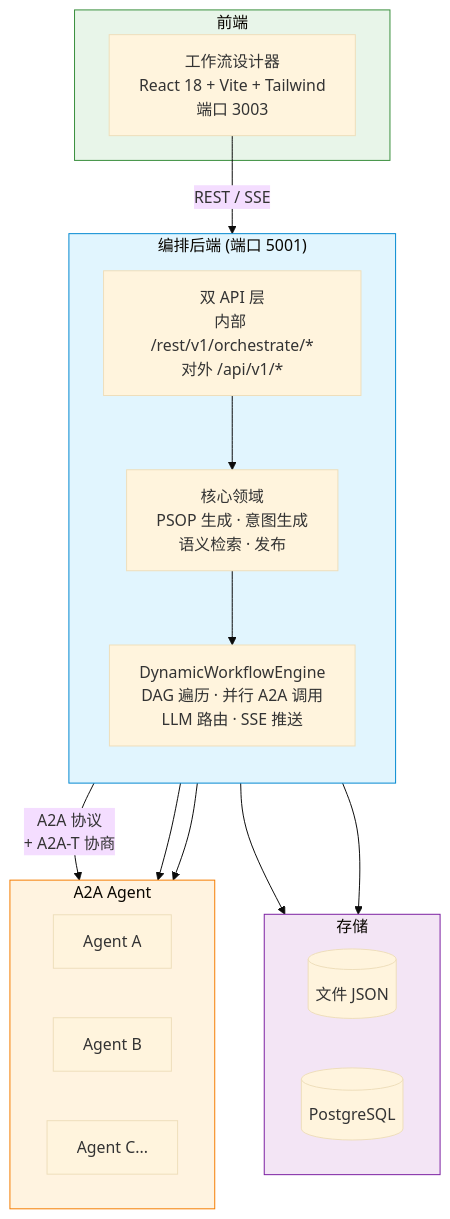
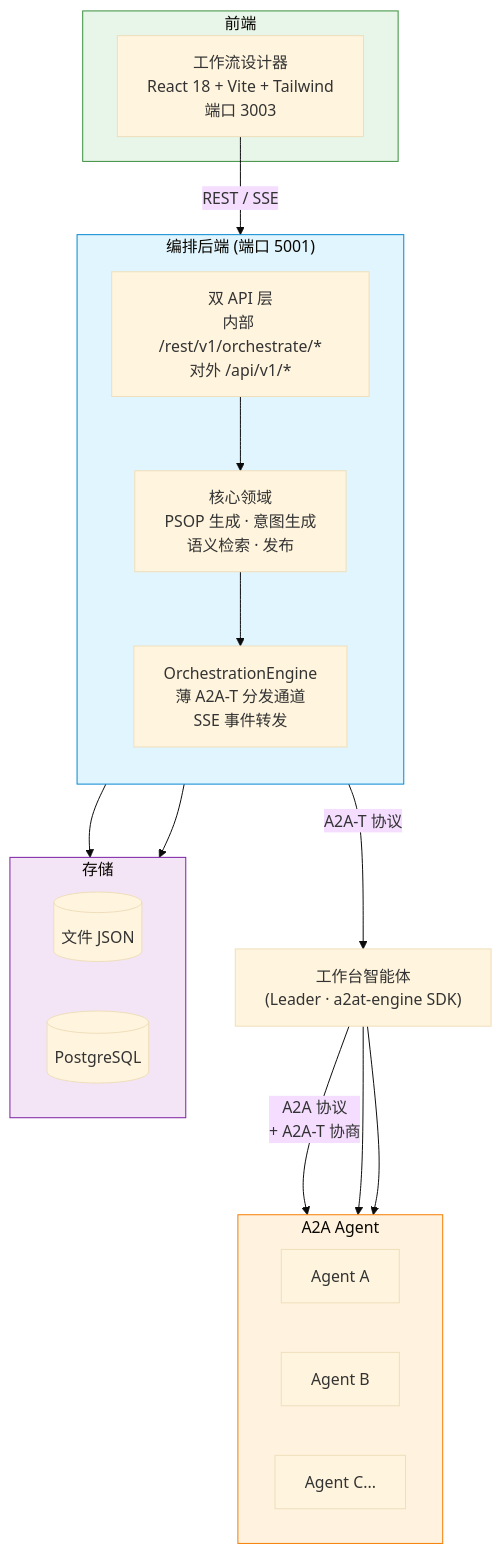
The second of 2 diagrams in README_zh.md (Zhoujie628/orchestration-center), drawn with Mermaid (base theme) before and after one commit. The commit also changed other lines of this file and 27 other files, not shown here.

````diff
--- a/README_zh.md
+++ b/README_zh.md
@@ -191,40 +191,41 @@
 ```mermaid
 flowchart TB
     subgraph frontend["前端"]
         wd["工作流设计器<br/>React 18 + Vite + Tailwind<br/>端口 3003"]
     end
 
     subgraph backend["编排后端 (端口 5001)"]
         direction TB
         api["双 API 层<br/>内部 /rest/v1/orchestrate/*<br/>对外 /api/v1/*"]
         domain["核心领域<br/>PSOP 生成 · 意图生成<br/>语义检索 · 发布"]
-        engine["DynamicWorkflowEngine<br/>DAG 遍历 · 并行 A2A 调用<br/>LLM 路由 · SSE 推送"]
+        engine["OrchestrationEngine<br/>薄 A2A-T 分发通道<br/>SSE 事件转发"]
     end
 
     subgraph storage["存储"]
         direction LR
         file[("文件 JSON")]
         pg[("PostgreSQL")]
     end
 
     subgraph agents["A2A Agent"]
         direction LR
         a1["Agent A"]
         a2["Agent B"]
         a3["Agent C..."]
     end
 
     wd -->|"REST / SSE"| api
     api --> domain
     domain --> engine
     engine --> file
     engine --> pg
-    engine -->|"A2A 协议<br/>+ A2A-T 协商"| a1
-    engine --> a2
-    engine --> a3
+    engine -->|"A2A-T 协议"| wb["工作台智能体<br/>(Leader · a2at-engine SDK)"]
+    wb -->|"A2A 协议<br/>+ A2A-T 协商"| a1
+    wb --> a2
+    wb --> a3
 
     style backend fill:#e1f5fe,stroke:#0288d1
     style frontend fill:#e8f5e9,stroke:#388e3c
     style storage fill:#f3e5f5,stroke:#7b1fa2
     style agents fill:#fff3e0,stroke:#f57c00
 ```
````
